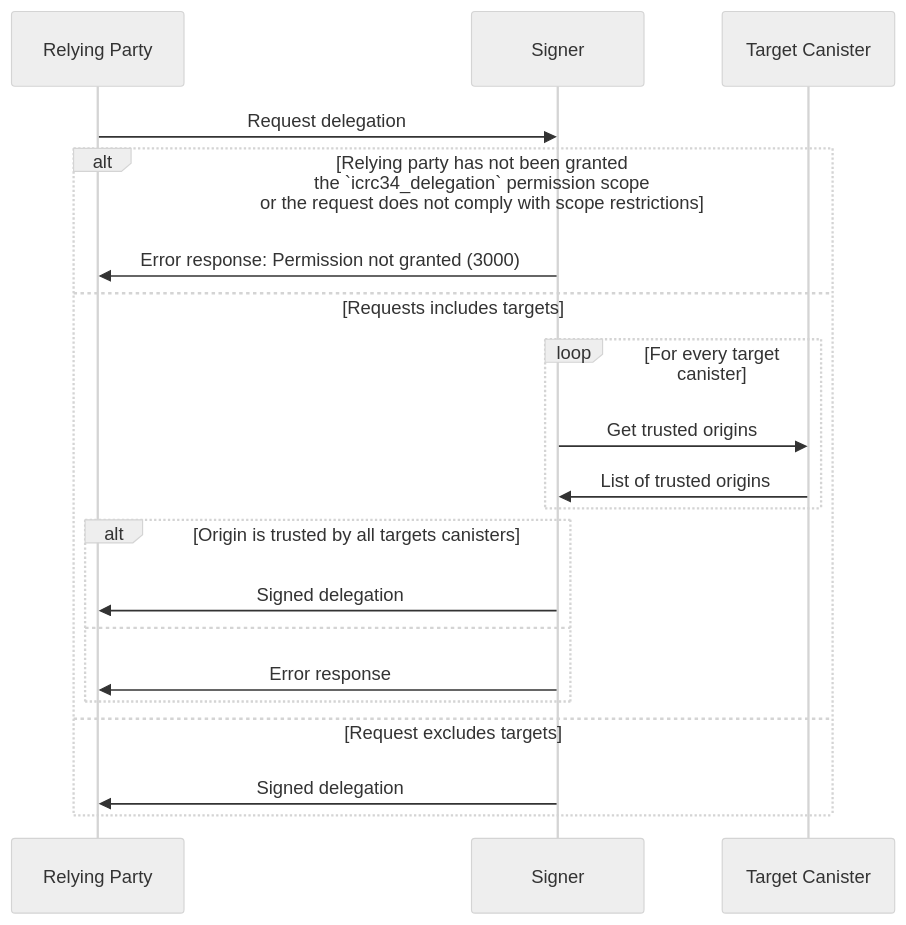
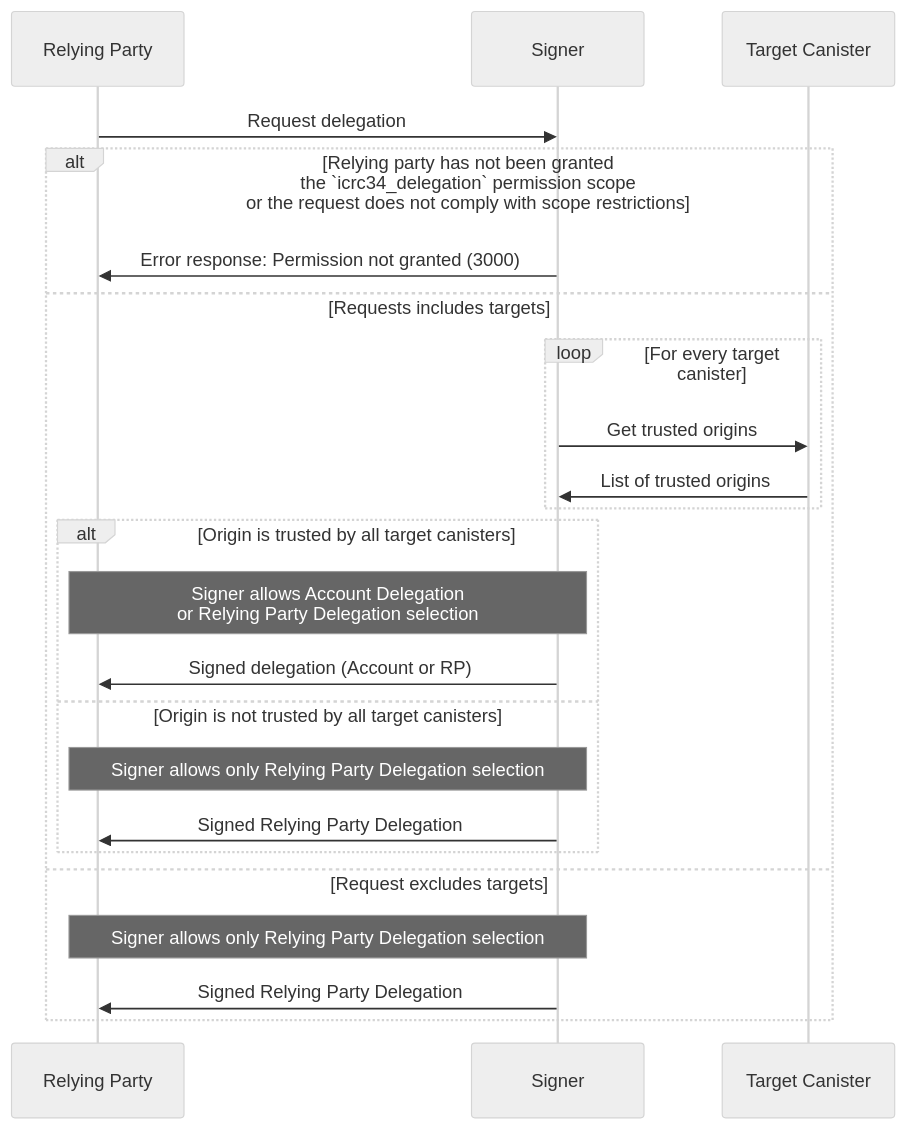
Before and after one commit to dfinity/wg-identity-authentication: the diagram in topics/icrc_34_delegation.md, drawn with Mermaid (neutral theme).

Commit message:
make more clear user selection process for delegation options

````diff
--- a/topics/icrc_34_delegation.md
+++ b/topics/icrc_34_delegation.md
@@ -166,22 +166,25 @@
 ```mermaid
   sequenceDiagram
     participant RP as Relying Party
     participant S as Signer
     participant C as Target Canister
     RP ->> S: Request delegation
     alt Relying party has not been granted <br>the `icrc34_delegation` permission scope<br>or the request does not comply with scope restrictions
         S ->> RP: Error response: Permission not granted (3000)
     else Requests includes targets
         loop For every target canister
             S ->> C: Get trusted origins
             C ->> S: List of trusted origins
         end
-        alt Origin is trusted by all targets canisters
-            S ->> RP: Signed delegation
-        else
-            S ->> RP: Error response
+        alt Origin is trusted by all target canisters
+          Note over RP, S: Signer allows Account Delegation<br>or Relying Party Delegation selection
+          S ->> RP: Signed delegation (Account or RP)
+        else Origin is not trusted by all target canisters
+          Note over RP, S: Signer allows only Relying Party Delegation selection
+          S ->> RP: Signed Relying Party Delegation
         end
     else Request excludes targets
-      S ->> RP: Signed delegation
+      Note over RP, S: Signer allows only Relying Party Delegation selection
+      S ->> RP: Signed Relying Party Delegation
     end
 ```
````
